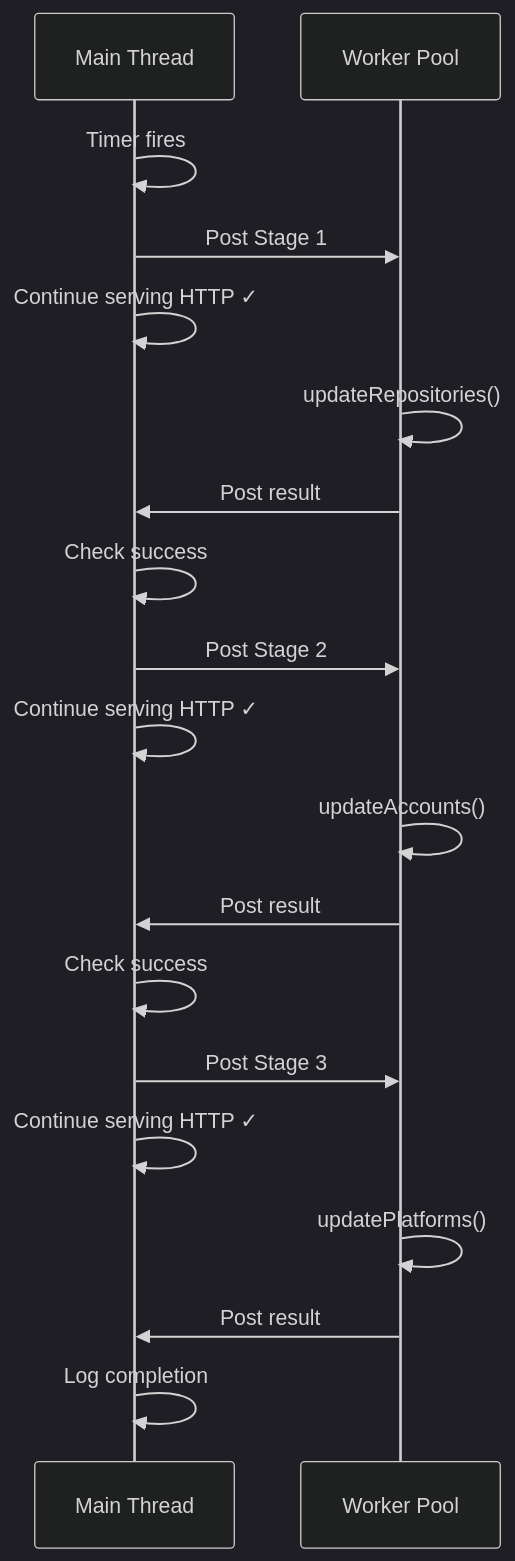
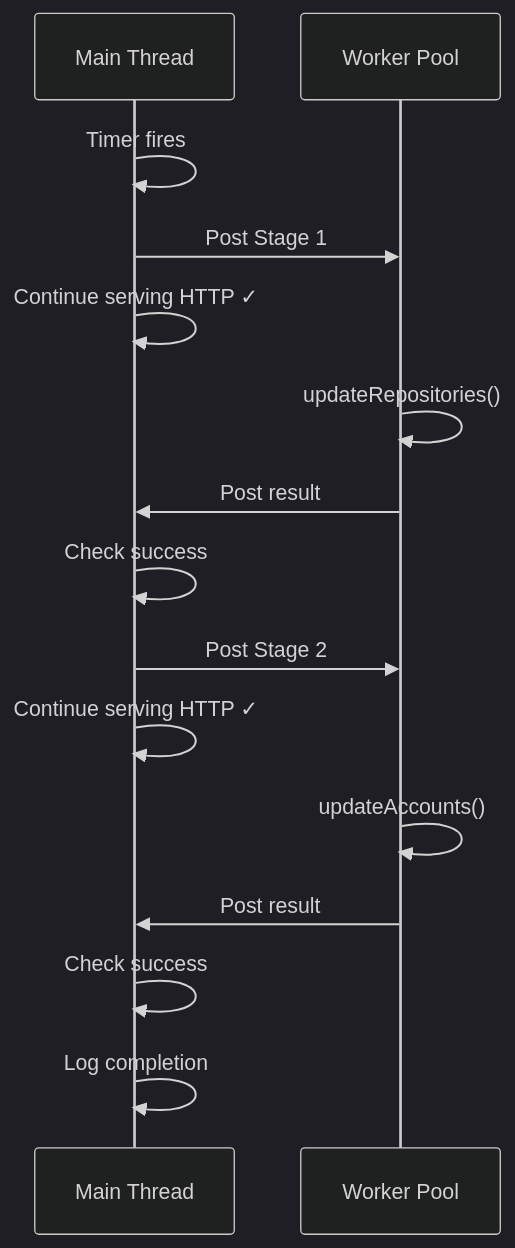
One commit to guzman109/icicle-insights changed the third of 7 diagrams in docs/async-task-patterns.md. Above: the diagram before and after it, drawn with Mermaid (dark theme). The commit also changed other lines of this file and 32 other files, not shown here.

````diff
--- a/docs/async-task-patterns.md
+++ b/docs/async-task-patterns.md
@@ -301,27 +295,22 @@
 ```mermaid
 sequenceDiagram
     participant Main as Main Thread
     participant Pool as Worker Pool
 
     Main->>Main: Timer fires
     Main->>Pool: Post Stage 1
     Main->>Main: Continue serving HTTP ✓
 
     Pool->>Pool: updateRepositories()
     Pool->>Main: Post result
     Main->>Main: Check success
 
     Main->>Pool: Post Stage 2
     Main->>Main: Continue serving HTTP ✓
 
     Pool->>Pool: updateAccounts()
     Pool->>Main: Post result
     Main->>Main: Check success
 
-    Main->>Pool: Post Stage 3
-    Main->>Main: Continue serving HTTP ✓
-
-    Pool->>Pool: updatePlatforms()
-    Pool->>Main: Post result
     Main->>Main: Log completion
 ```
````
